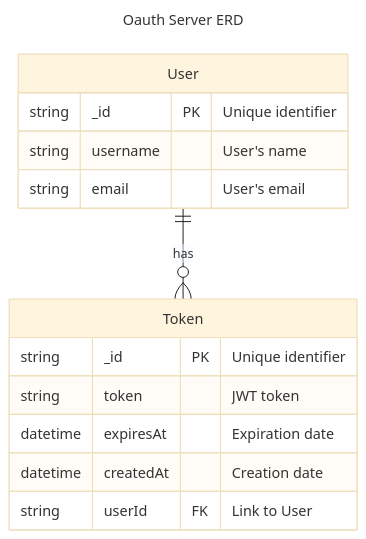
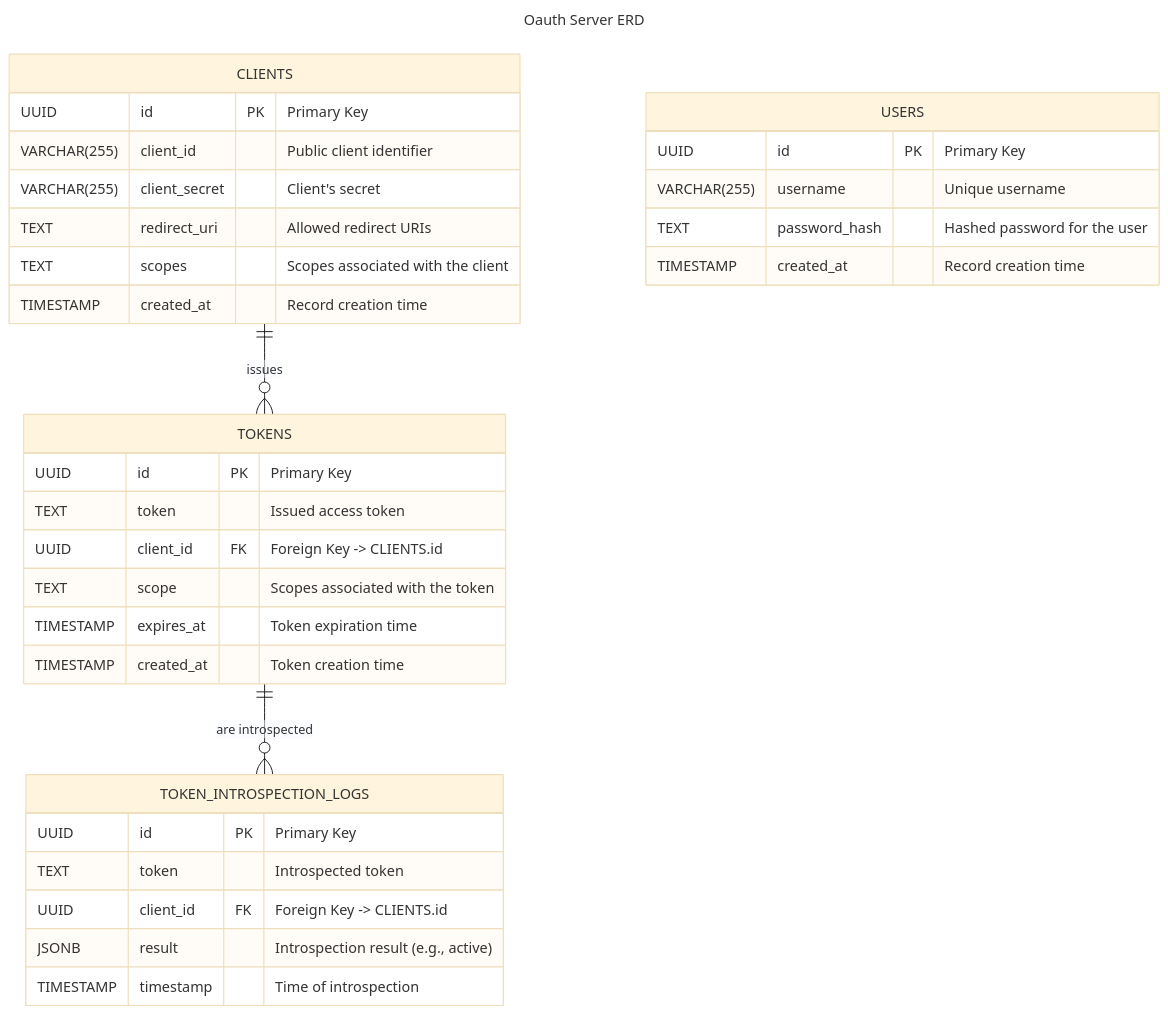
One commit to TomasGazo/slsp-solution-design-demo changed the first of 4 diagrams in specifications/authentication_server_spec/authentication_server.md. Above: the diagram before and after it, drawn with Mermaid. The commit also changed other lines of this file and 2 other files, not shown here.

````diff
--- a/specifications/authentication_server_spec/authentication_server.md
+++ b/specifications/authentication_server_spec/authentication_server.md
@@ -7,22 +10,44 @@
 ```mermaid
 ---
 title: Oauth Server ERD
 ---
 %%{init: {'theme':'base'}}%%
+
 erDiagram
-    User {
-        string _id PK "Unique identifier"
-        string username "User's name"
-        string email "User's email"
-    }
-    
-    Token {
-        string _id PK "Unique identifier"
-        string token "JWT token"
-        datetime expiresAt "Expiration date"
-        datetime createdAt "Creation date"
-        string userId FK "Link to User"
+    CLIENTS {
+        UUID id PK "Primary Key"
+        VARCHAR(255) client_id "Public client identifier"
+        VARCHAR(255) client_secret "Client's secret"
+        TEXT redirect_uri "Allowed redirect URIs"
+        TEXT scopes "Scopes associated with the client"
+        TIMESTAMP created_at "Record creation time"
     }
 
-    User ||--o{ Token : "has"
+    TOKENS {
+        UUID id PK "Primary Key"
+        TEXT token "Issued access token"
+        UUID client_id FK "Foreign Key -> CLIENTS.id"
+        TEXT scope "Scopes associated with the token"
+        TIMESTAMP expires_at "Token expiration time"
+        TIMESTAMP created_at "Token creation time"
+    }
+
+    USERS {
+        UUID id PK "Primary Key"
+        VARCHAR(255) username "Unique username"
+        TEXT password_hash "Hashed password for the user"
+        TIMESTAMP created_at "Record creation time"
+    }
+
+    TOKEN_INTROSPECTION_LOGS {
+        UUID id PK "Primary Key"
+        TEXT token "Introspected token"
+        UUID client_id FK "Foreign Key -> CLIENTS.id"
+        JSONB result "Introspection result (e.g., active)"
+        TIMESTAMP timestamp "Time of introspection"
+    }
+
+    %% Relationships
+    CLIENTS ||--o{ TOKENS : "issues"
+    TOKENS ||--o{ TOKEN_INTROSPECTION_LOGS : "are introspected"
 ```
````
